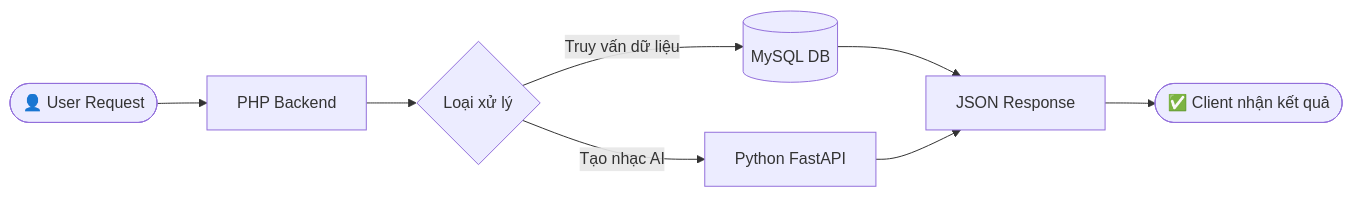
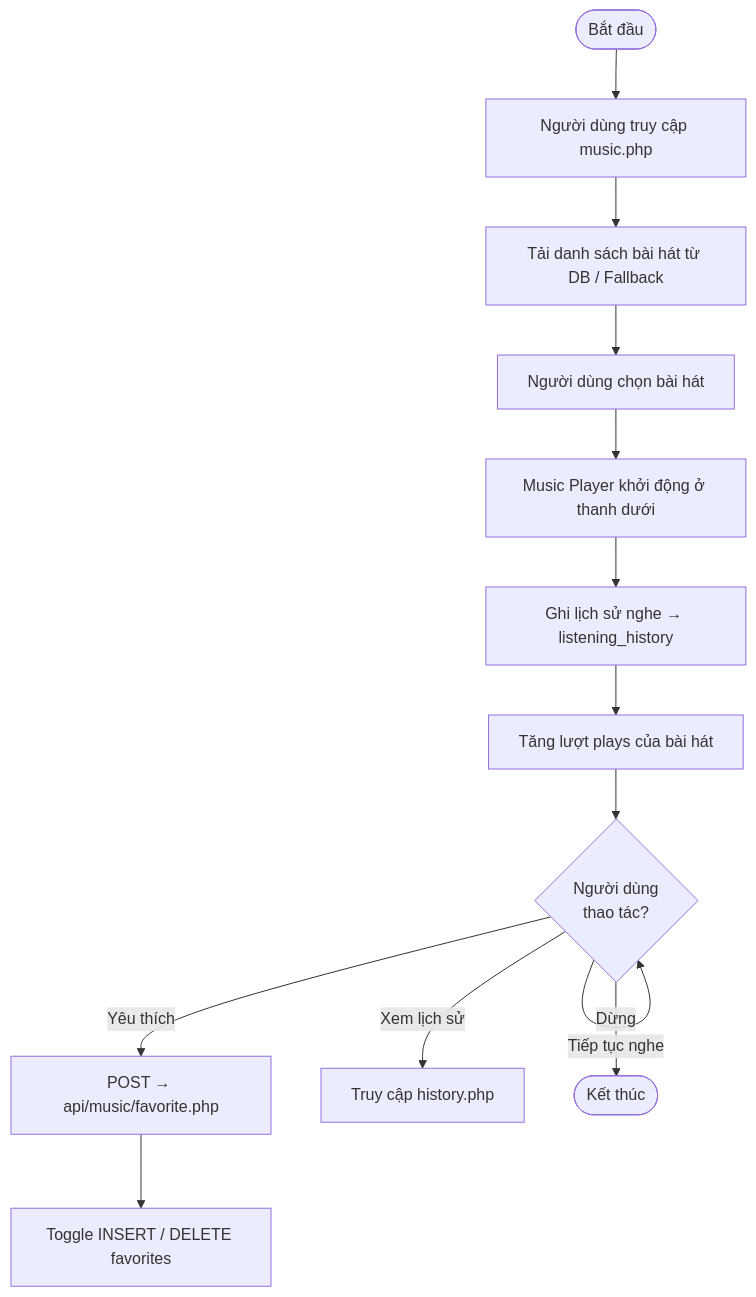
One commit to couq1/MusicAI changed the fourth of 5 diagrams in docs/architecture.md. Above: the diagram before and after it, drawn with Mermaid. The commit also changed other lines of this file and 3 other files, not shown here.

Commit message:
add architecture, add data

````diff
--- a/docs/architecture.md
+++ b/docs/architecture.md
@@ -170,10 +219,15 @@
 ```mermaid
-flowchart LR
-    A([👤 User Request]) --> B[PHP Backend]
-    B --> C{Loại xử lý}
-    C -- "Truy vấn dữ liệu" --> D[(MySQL DB)]
-    C -- "Tạo nhạc AI" --> E[Python FastAPI]
-    D --> F[JSON Response]
-    E --> F
-    F --> G([✅ Client nhận kết quả])
+flowchart TD
+    A([Bắt đầu]) --> B[Người dùng truy cập music.php]
+    B --> C[Tải danh sách bài hát từ DB / Fallback]
+    C --> D[Người dùng chọn bài hát]
+    D --> E[Music Player khởi động ở thanh dưới]
+    E --> F[Ghi lịch sử nghe → listening_history]
+    F --> G[Tăng lượt plays của bài hát]
+    G --> H{Người dùng\nthao tác?}
+    H -- Yêu thích --> I[POST → api/music/favorite.php]
+    I --> J[Toggle INSERT / DELETE favorites]
+    H -- Xem lịch sử --> K[Truy cập history.php]
+    H -- Tiếp tục nghe --> H
+    H -- Dừng --> L([Kết thúc])
 ```
````
